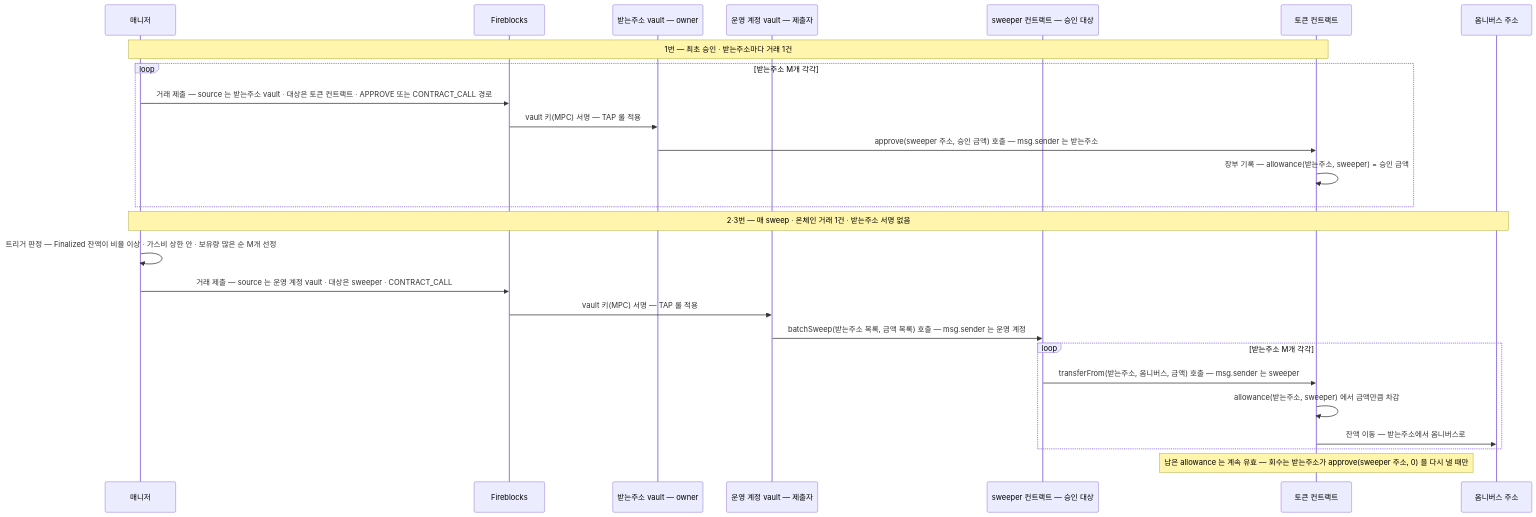
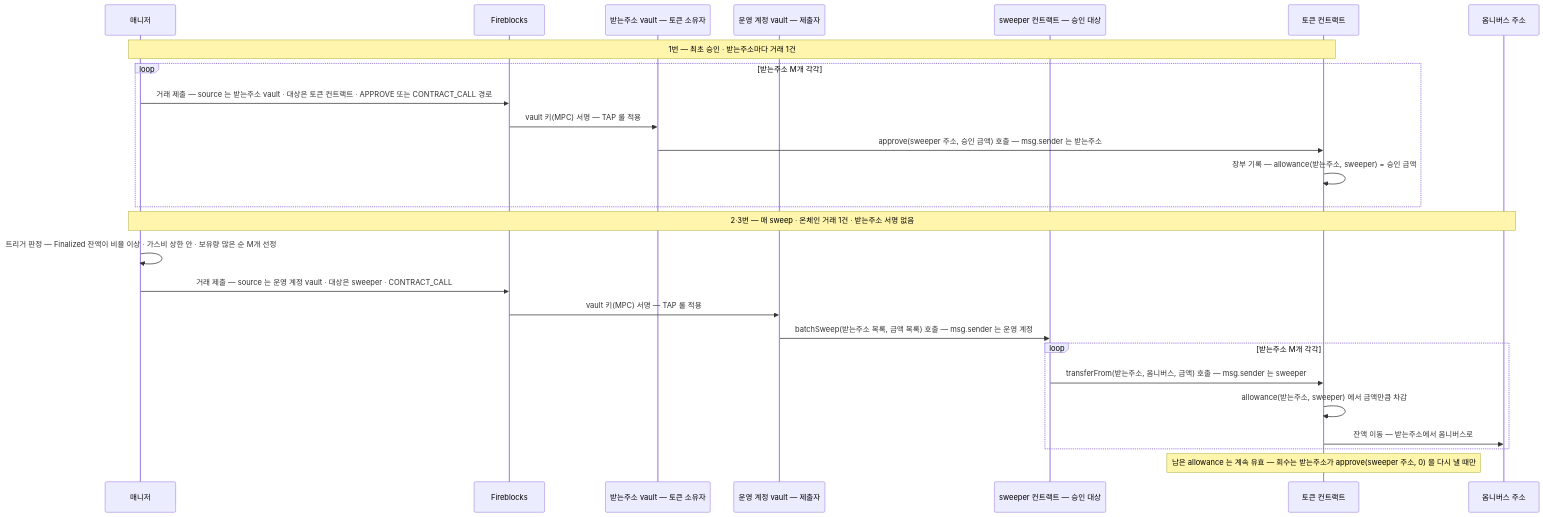
Before and after one commit to eunsujeo/eunpus: the second of 3 diagrams in blockchain-manager/docs/BC/설계/98-batch-sweep.md, drawn with Mermaid. The commit also changed other lines of this file, not shown here.

Commit message:
98 산문·다이어그램의 owner 도 우리 말로
다이어그램 참여자 라벨은 "토큰 소유자", 실측 절의 owner/operator vault 는
고객 vault·운영 계정으로. 표준 자리 대응표와 allowance[owner][spender]
표기는 그대로 둔다.

````diff
--- a/blockchain-manager/docs/BC/설계/98-batch-sweep.md
+++ b/blockchain-manager/docs/BC/설계/98-batch-sweep.md
@@ -113,29 +113,29 @@
 ```mermaid
 sequenceDiagram
   participant M as 매니저
   participant F as Fireblocks
-  participant R as 받는주소 vault — owner
+  participant R as 받는주소 vault — 토큰 소유자
   participant O as 운영 계정 vault — 제출자
   participant S as sweeper 컨트랙트 — 승인 대상
   participant T as 토큰 컨트랙트
   participant P as 옴니버스 주소
 
   Note over M,T: 1번 — 최초 승인 · 받는주소마다 거래 1건
   loop 받는주소 M개 각각
     M->>F: 거래 제출 — source 는 받는주소 vault · 대상은 토큰 컨트랙트 · APPROVE 또는 CONTRACT_CALL 경로
     F->>R: vault 키(MPC) 서명 — TAP 룰 적용
     R->>T: approve(sweeper 주소, 승인 금액) 호출 — msg.sender 는 받는주소
     T->>T: 장부 기록 — allowance(받는주소, sweeper) = 승인 금액
   end
   Note over M,P: 2·3번 — 매 sweep · 온체인 거래 1건 · 받는주소 서명 없음
   M->>M: 트리거 판정 — Finalized 잔액이 비율 이상 · 가스비 상한 안 · 보유량 많은 순 M개 선정
   M->>F: 거래 제출 — source 는 운영 계정 vault · 대상은 sweeper · CONTRACT_CALL
   F->>O: vault 키(MPC) 서명 — TAP 룰 적용
   O->>S: batchSweep(받는주소 목록, 금액 목록) 호출 — msg.sender 는 운영 계정
   loop 받는주소 M개 각각
     S->>T: transferFrom(받는주소, 옴니버스, 금액) 호출 — msg.sender 는 sweeper
     T->>T: allowance(받는주소, sweeper) 에서 금액만큼 차감
     T->>P: 잔액 이동 — 받는주소에서 옴니버스로
   end
   Note over T: 남은 allowance 는 계속 유효 — 회수는 받는주소가 approve(sweeper 주소, 0) 을 다시 낼 때만
 ```
````
